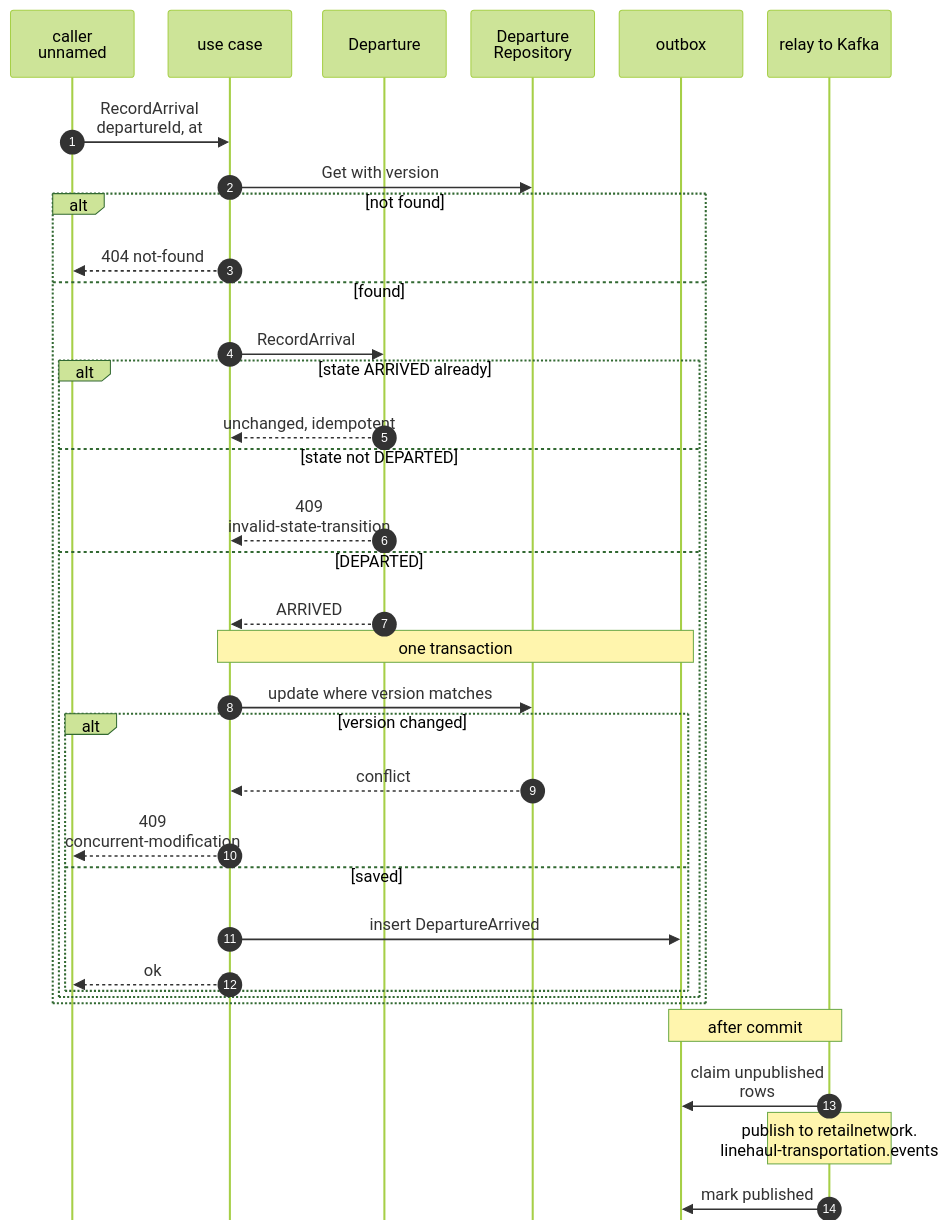
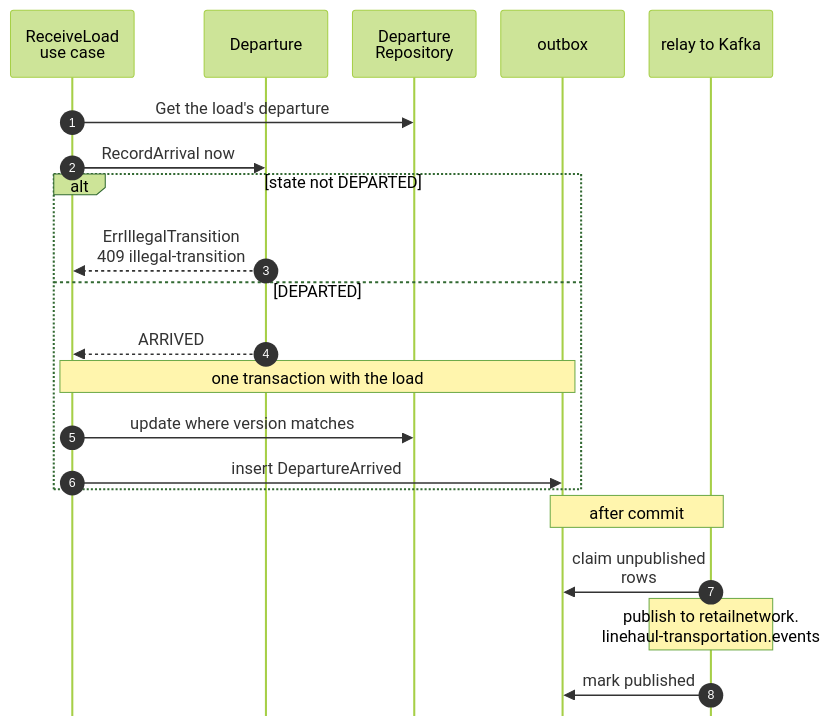
One commit to IQVO/warehouse-docs changed the sixth of 15 diagrams in network/docs/contexts/linehaul-transportation/sequence-diagrams.md. Above: the diagram before and after it, drawn with Mermaid (forest theme). The commit also changed other lines of this file and 8 other files, not shown here.

````diff
--- a/network/docs/contexts/linehaul-transportation/sequence-diagrams.md
+++ b/network/docs/contexts/linehaul-transportation/sequence-diagrams.md
@@ -265,38 +227,24 @@
 ```mermaid
 %%{init: {"sequence": {"wrap": true, "width": 120, "actorMargin": 24, "messageMargin": 28, "boxMargin": 6, "noteMargin": 6, "mirrorActors": false}}}%%
 sequenceDiagram
     autonumber
-    participant H as caller<br/>unnamed
-    participant U as use case
+    participant H as ReceiveLoad<br/>use case
     participant A as Departure
     participant R as Departure<br/>Repository
     participant O as outbox
     participant RL as relay to Kafka
-    H->>U: RecordArrival departureId, at
-    U->>R: Get with version
-    alt not found
-        U-->>H: 404 not-found
-    else found
-        U->>A: RecordArrival
-        alt state ARRIVED already
-            A-->>U: unchanged, idempotent
-        else state not DEPARTED
-            A-->>U: 409 invalid-state-transition
-        else DEPARTED
-            A-->>U: ARRIVED
-            Note over U,O: one transaction
-            U->>R: update where version matches
-            alt version changed
-                R-->>U: conflict
-                U-->>H: 409 concurrent-modification
-            else saved
-                U->>O: insert DepartureArrived
-                U-->>H: ok
-            end
-        end
+    H->>R: Get the load's departure
+    H->>A: RecordArrival now
+    alt state not DEPARTED
+        A-->>H: ErrIllegalTransition<br/>409 illegal-transition
+    else DEPARTED
+        A-->>H: ARRIVED
+        Note over H,O: one transaction with the load
+        H->>R: update where version matches
+        H->>O: insert DepartureArrived
     end
     Note over O,RL: after commit
     RL->>O: claim unpublished rows
     Note over RL: publish to retailnetwork.<br/>linehaul-transportation.events
     RL->>O: mark published
 ```
````
